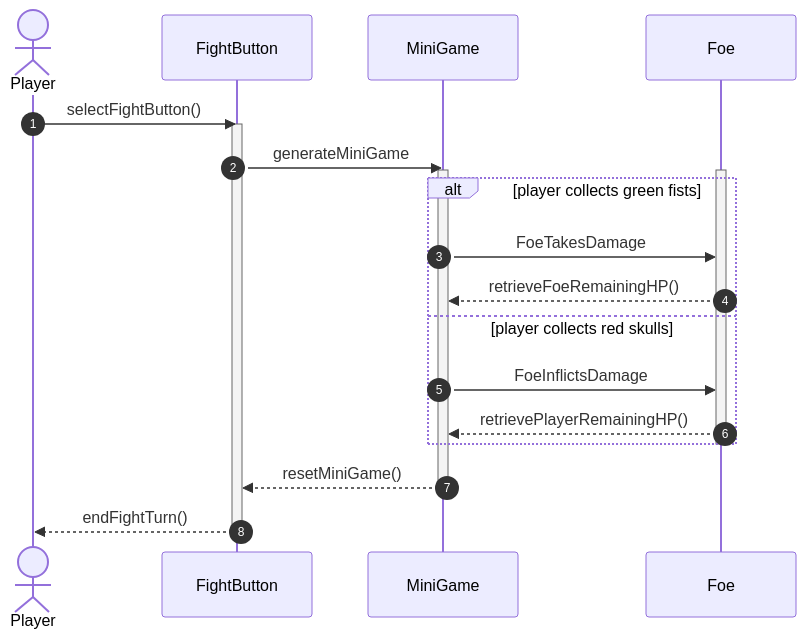
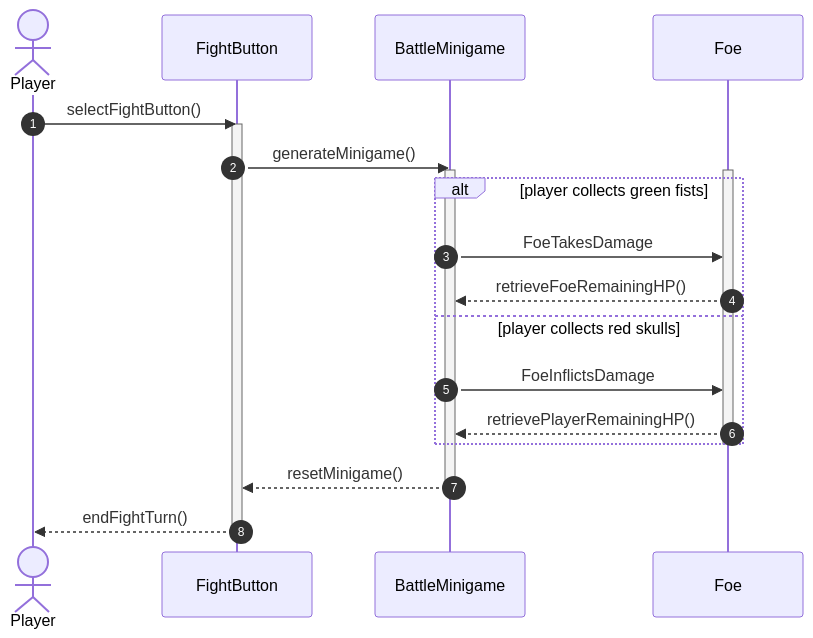
The fifth of 5 diagrams in README.md (antondm11/DiagramTest-iLERNTALE), drawn with Mermaid before and after one commit.

````diff
--- a/README.md
+++ b/README.md
@@ -180,45 +180,45 @@
 ``` mermaid
 
 sequenceDiagram
 autonumber
 %% Diagrama de Secuencia para el proceso de atacar y restar vida en iLERNTALE
 
 %% Actores y participantes
 actor Player
 %% Paneles participantes
 
 %%  Fight Button activa el minijuego de combate
 participant FightButton
 %% El minijuego es donde transcurre el combate
-participant MiniGame
+participant BattleMinigame
 %% En el minijuego se restará vida según condiciones
 %% Enemigo
 participant Foe
 
 %% Secuencia
 %% El Jugador entra en combate con el enemigo y selecciona el botón de Luchar (Fight)
 Player->>FightButton: selectFightButton()
 activate FightButton
 %% Al activarse el botón Fight, se genera el Minijuego y se activa éste y después la pelea con el enemigo
-FightButton->>MiniGame: generateMiniGame
-activate MiniGame
+FightButton->>BattleMinigame: generateMinigame()
+activate BattleMinigame
 activate Foe
 %% Dentro del minijuego se resta vida según las siguientes condiciones
 %% Si el jugador contacta con los puños verdes, inflige daño al enemigo y le resta vida
 alt player collects green fists
-MiniGame->>Foe: FoeTakesDamage
-Foe-->>MiniGame: retrieveFoeRemainingHP()
+BattleMinigame->>Foe: FoeTakesDamage
+Foe-->>BattleMinigame: retrieveFoeRemainingHP()
 %% Si el jugador contacta con las calaveras rojas, será el enemigo quien le inflija daño
 else player collects red skulls
-MiniGame->>Foe: FoeInflictsDamage
-Foe-->>MiniGame: retrievePlayerRemainingHP()
+BattleMinigame->>Foe: FoeInflictsDamage
+Foe-->>BattleMinigame: retrievePlayerRemainingHP()
 end
 
 deactivate Foe
-MiniGame-->> FightButton: resetMiniGame()
-deactivate MiniGame
+BattleMinigame-->> FightButton: resetMinigame()
+deactivate BattleMinigame
 FightButton-->> Player: endFightTurn()
 deactivate FightButton
 
 
 ```
````
